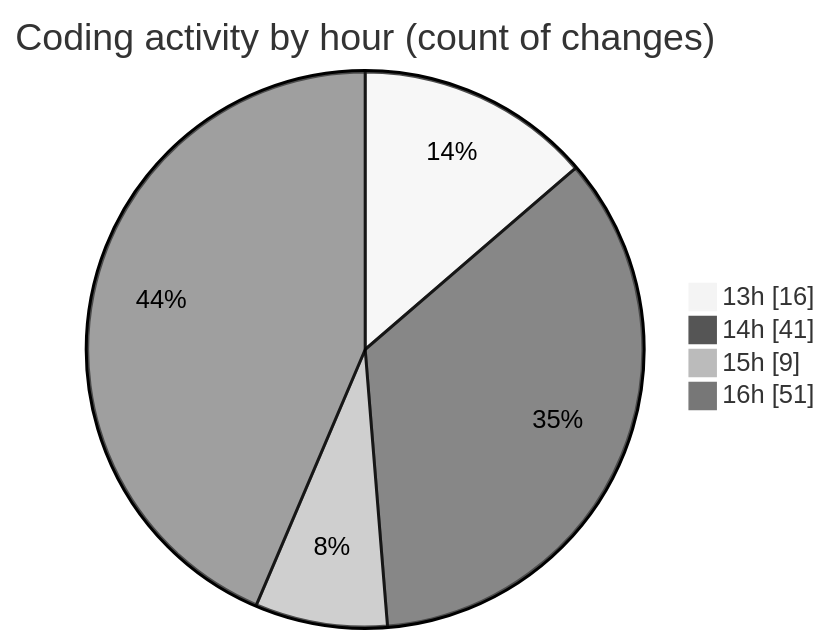
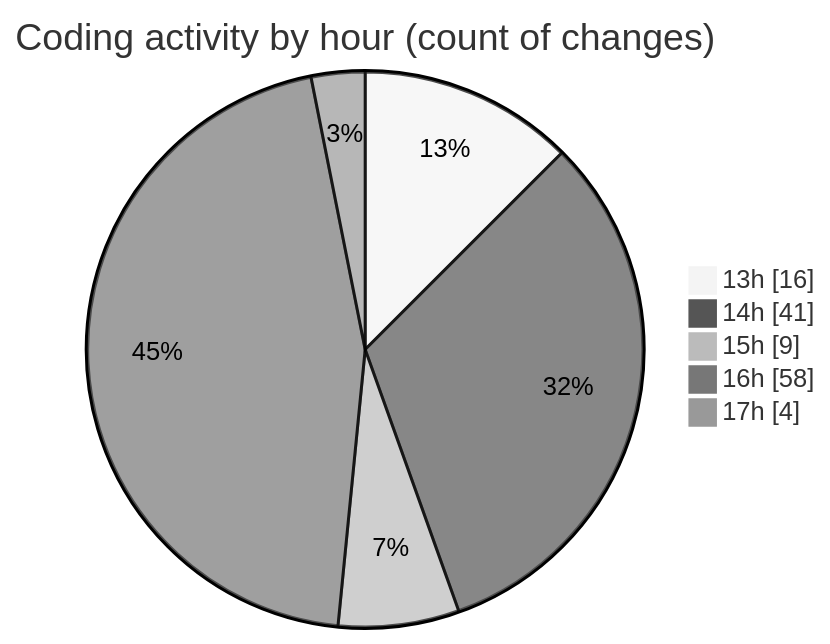
One commit to momahboobian/code-tracking changed the second of 2 diagrams in 2026-02-04/cda/README.md. Above: the diagram before and after it, drawn with Mermaid (neutral theme). The commit also changed other lines of this file and 1 other file, not shown here.

````diff
--- a/2026-02-04/cda/README.md
+++ b/2026-02-04/cda/README.md
@@ -41,8 +42,9 @@
 ```mermaid
 pie showData
 title Coding activity by hour (count of changes)
 "13h" : 16
 "14h" : 41
 "15h" : 9
-"16h" : 51
+"16h" : 58
+"17h" : 4
 ```
````
